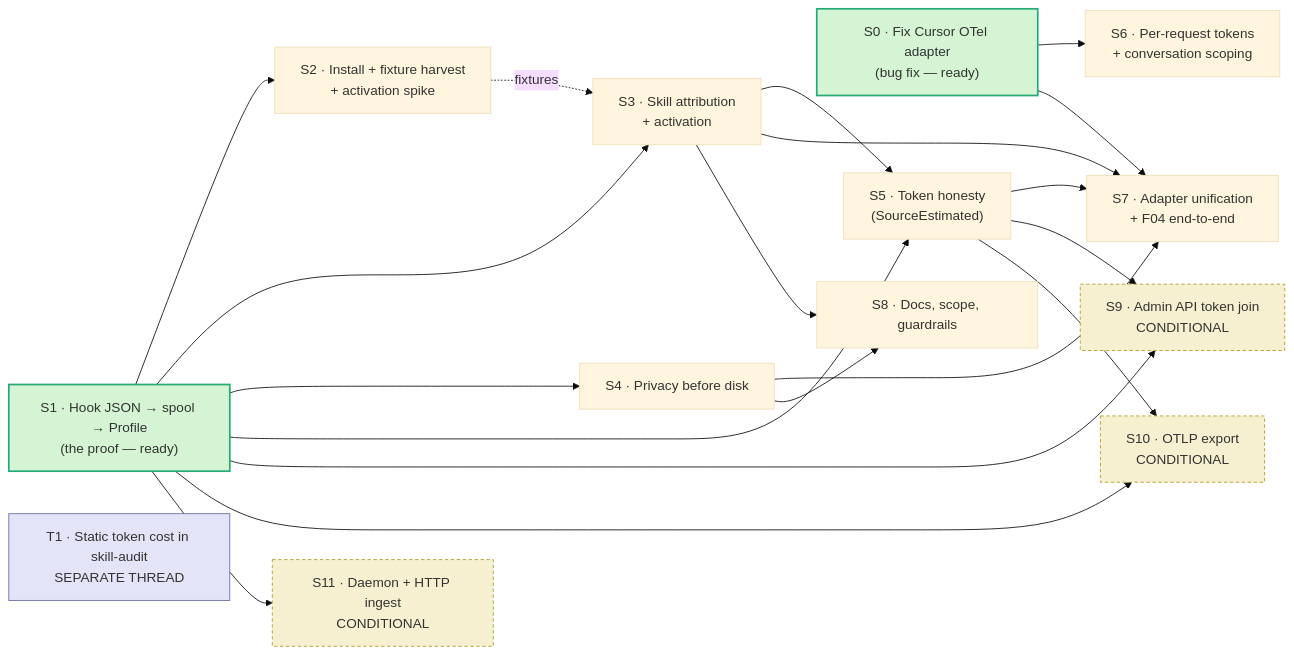
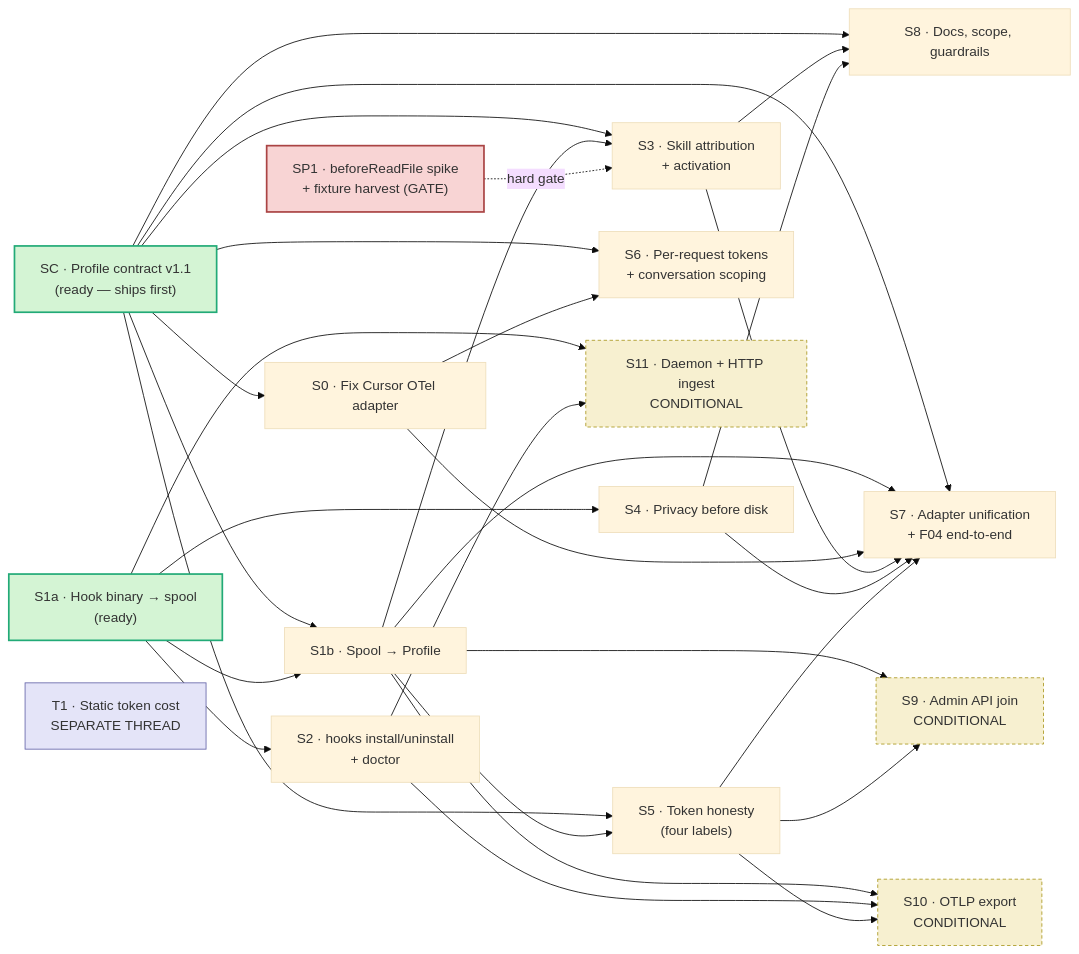
One commit to Okja-Engineering/skill-architect changed the diagram in .scuba/teams/cursorscope-go/roadmap.md. Above: the diagram before and after it, drawn with Mermaid (base theme). The commit also changed other lines of this file and 20 other files, not shown here.

````diff
--- a/.scuba/teams/cursorscope-go/roadmap.md
+++ b/.scuba/teams/cursorscope-go/roadmap.md
@@ -150,42 +169,57 @@
 ```mermaid
 flowchart LR
-  S0["S0 · Fix Cursor OTel adapter<br/>(bug fix — ready)"]
-  S1["S1 · Hook JSON → spool → Profile<br/>(the proof — ready)"]
-  S2["S2 · Install + fixture harvest<br/>+ activation spike"]
+  SC["SC · Profile contract v1.1<br/>(ready — ships first)"]
+  SP1["SP1 · beforeReadFile spike<br/>+ fixture harvest (GATE)"]
+  S0["S0 · Fix Cursor OTel adapter"]
+  S1a["S1a · Hook binary → spool<br/>(ready)"]
+  S1b["S1b · Spool → Profile"]
+  S2["S2 · hooks install/uninstall<br/>+ doctor"]
   S3["S3 · Skill attribution<br/>+ activation"]
   S4["S4 · Privacy before disk"]
-  S5["S5 · Token honesty<br/>(SourceEstimated)"]
+  S5["S5 · Token honesty<br/>(four labels)"]
   S6["S6 · Per-request tokens<br/>+ conversation scoping"]
   S7["S7 · Adapter unification<br/>+ F04 end-to-end"]
   S8["S8 · Docs, scope, guardrails"]
-  S9["S9 · Admin API token join<br/>CONDITIONAL"]
+  S9["S9 · Admin API join<br/>CONDITIONAL"]
   S10["S10 · OTLP export<br/>CONDITIONAL"]
   S11["S11 · Daemon + HTTP ingest<br/>CONDITIONAL"]
-  T1["T1 · Static token cost in skill-audit<br/>SEPARATE THREAD"]
+  T1["T1 · Static token cost<br/>SEPARATE THREAD"]
 
+  SC --> S0
+  SC --> S1b
+  SC --> S3
+  SC --> S5
+  SC --> S6
+  SC --> S7
+  SC --> S8
+  S1a --> S1b
+  S1a --> S2
+  S1a --> S4
+  S1a --> S11
+  S1b --> S3
+  S1b --> S5
+  S1b --> S7
+  S1b --> S9
+  S1b --> S10
+  SP1 -.hard gate.-> S3
   S0 --> S6
   S0 --> S7
-  S1 --> S2
-  S1 --> S3
-  S1 --> S4
-  S1 --> S5
-  S2 -.fixtures.-> S3
-  S3 --> S5
+  S2 --> S10
+  S2 --> S11
   S3 --> S7
   S3 --> S8
   S4 --> S7
   S4 --> S8
   S5 --> S7
   S5 --> S9
   S5 --> S10
-  S1 --> S9
-  S1 --> S10
-  S1 --> S11
 
   classDef ready fill:#d4f4d4,stroke:#2a7,stroke-width:2px
+  classDef gate fill:#f8d4d4,stroke:#a44,stroke-width:2px
   classDef cond fill:#f7f0d0,stroke:#a92,stroke-dasharray:4 3
   classDef sep fill:#e4e4f8,stroke:#66a
-  class S0,S1 ready
+  class SC,S1a ready
+  class SP1 gate
   class S9,S10,S11 cond
   class T1 sep
 ```
````
